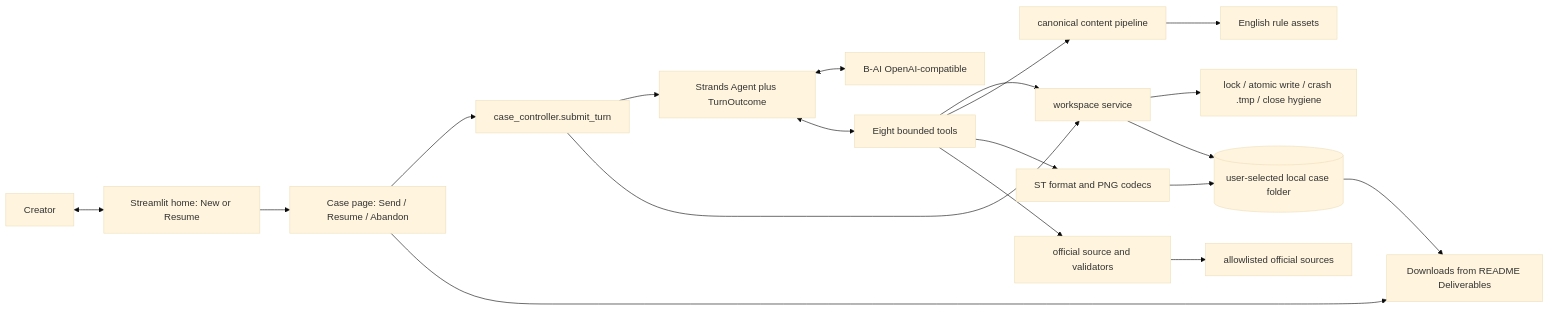
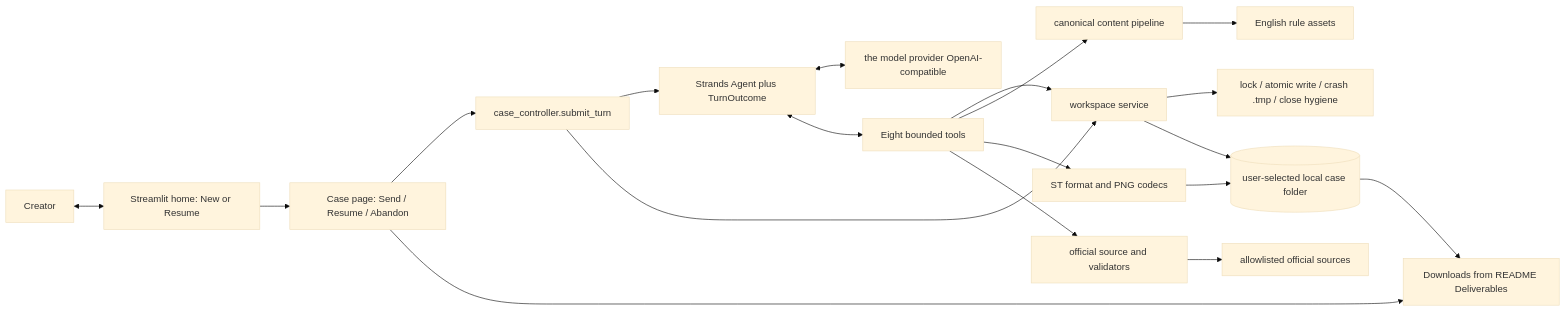
One commit to Lockyer228/ST-Agent changed the diagram in docs/TECHNICAL-ARCHITECTURE.md. Above: the diagram before and after it, drawn with Mermaid (base theme). The commit also changed other lines of this file and 29 other files, not shown here.

Commit message:
Scrub internal provider references and embed the architecture diagram in the README.

````diff
--- a/docs/TECHNICAL-ARCHITECTURE.md
+++ b/docs/TECHNICAL-ARCHITECTURE.md
@@ -31,21 +31,21 @@
 ```mermaid
 flowchart LR
     U[Creator] <--> Home[Streamlit home: New or Resume]
     Home --> Case[Case page: Send / Resume / Abandon]
     Case --> CC[case_controller.submit_turn]
     CC --> AR[Strands Agent plus TurnOutcome]
-    AR <--> BR[B-AI OpenAI-compatible]
+    AR <--> BR[the model provider OpenAI-compatible]
     AR <--> Tools[Eight bounded tools]
     Tools --> WS[workspace service]
     Tools --> CP[canonical content pipeline]
     Tools --> FC[ST format and PNG codecs]
     Tools --> OV[official source and validators]
     CC --> WS
     WS --> Rec[lock / atomic write / crash .tmp / close hygiene]
     WS --> FS[(user-selected local case folder)]
     OV --> OS[allowlisted official sources]
     CP --> RR[English rule assets]
     FC --> FS
     Case --> DL[Downloads from README Deliverables]
     FS --> DL
 ```
````
